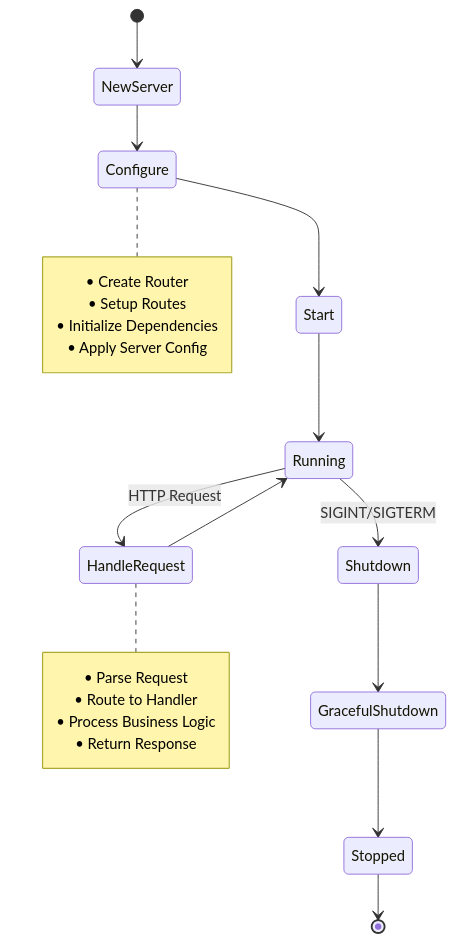
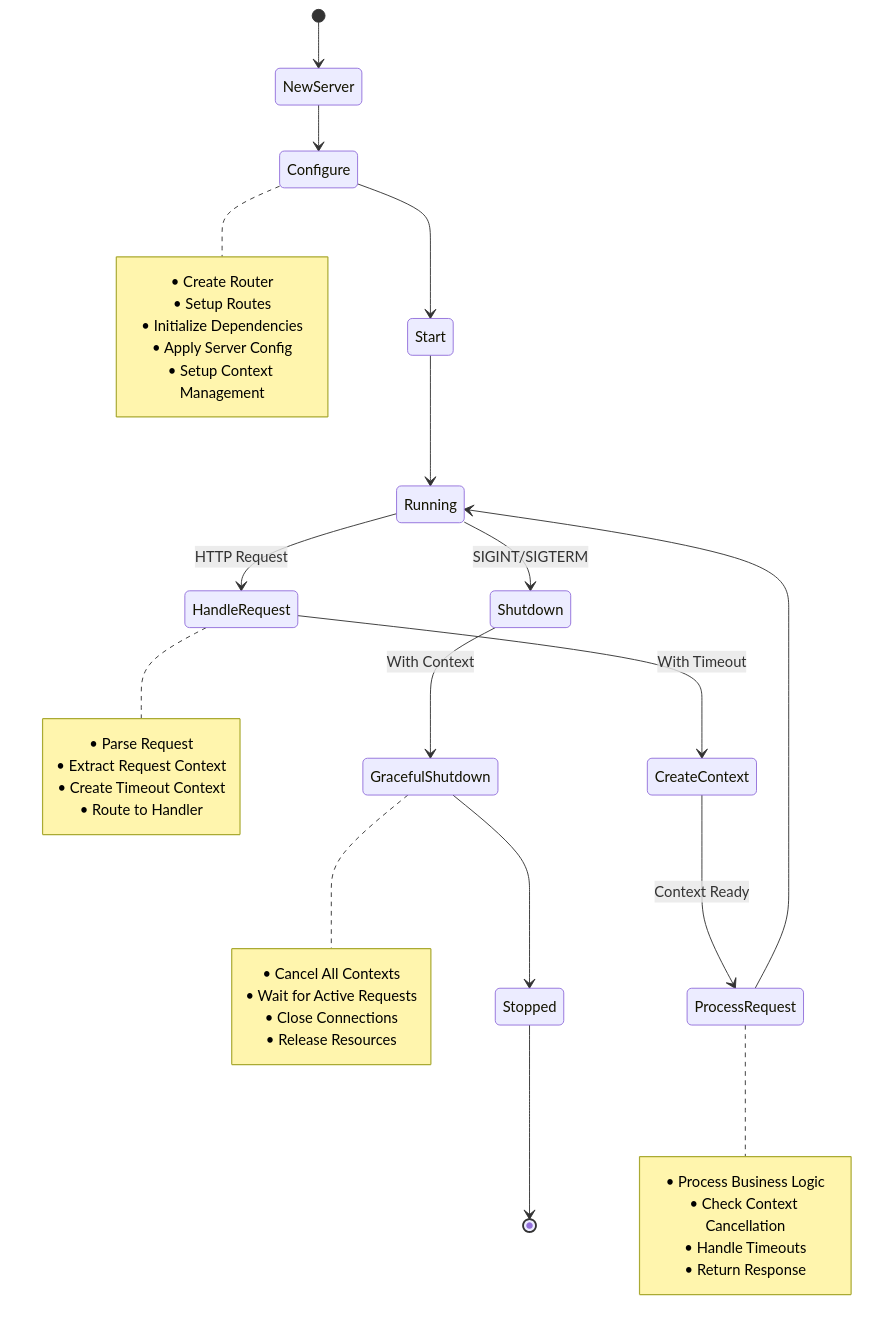
One commit to IgorKilipenko/metrical changed the second of 2 diagrams in internal/httpserver/README.md. Above: the diagram before and after it, drawn with Mermaid. The commit also changed other lines of this file, not shown here.

First line of the commit message:
docs: enhance README to include context management features and usage examples

````diff
--- a/internal/httpserver/README.md
+++ b/internal/httpserver/README.md
@@ -79,29 +96,46 @@
 ```mermaid
 stateDiagram-v2
     [*] --> NewServer
     NewServer --> Configure
     Configure --> Start
     Start --> Running
     
     Running --> HandleRequest : HTTP Request
-    HandleRequest --> Running
+    HandleRequest --> CreateContext : With Timeout
+    CreateContext --> ProcessRequest : Context Ready
+    ProcessRequest --> Running
     
     Running --> Shutdown : SIGINT/SIGTERM
-    Shutdown --> GracefulShutdown
+    Shutdown --> GracefulShutdown : With Context
     GracefulShutdown --> Stopped
     Stopped --> [*]
     
     note right of Configure
         • Create Router
         • Setup Routes
         • Initialize Dependencies
         • Apply Server Config
+        • Setup Context Management
     end note
     
     note right of HandleRequest
         • Parse Request
+        • Extract Request Context
+        • Create Timeout Context
         • Route to Handler
+    end note
+    
+    note right of ProcessRequest
         • Process Business Logic
+        • Check Context Cancellation
+        • Handle Timeouts
         • Return Response
     end note
+    
+    note right of GracefulShutdown
+        • Cancel All Contexts
+        • Wait for Active Requests
+        • Close Connections
+        • Release Resources
+    end note
 ```
````
